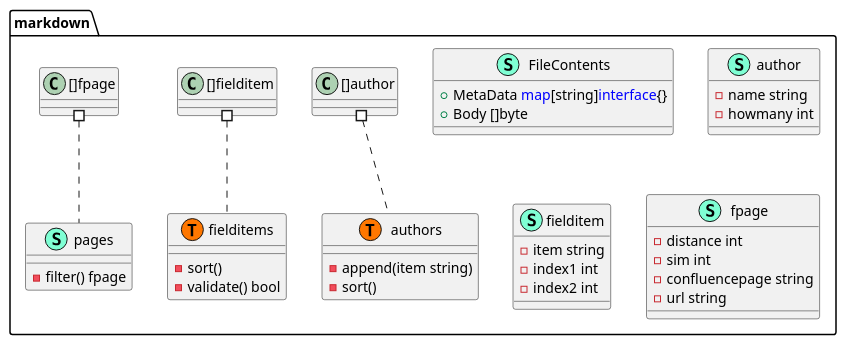
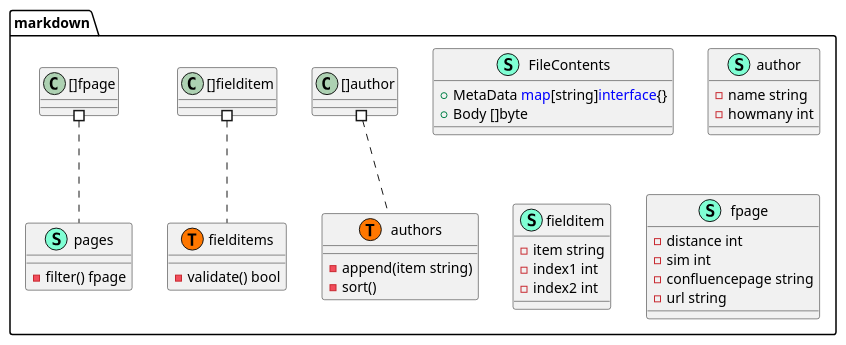
One commit to xiatechs/markdown-to-confluence changed the diagram in markdown/markdown-markdown-to-confluence-markdown-to-confluence-pumldiagram.puml. Above: the diagram before and after it, drawn with PlantUML. The commit also changed 1 other file, not shown here.

```diff
--- a/markdown/markdown-markdown-to-confluence-markdown-to-confluence-pumldiagram.puml
+++ b/markdown/markdown-markdown-to-confluence-markdown-to-confluence-pumldiagram.puml
@@ -1,52 +1,51 @@
 @startuml
 namespace markdown {
     class FileContents << (S,Aquamarine) >> {
         + MetaData <font color=blue>map</font>[string]<font color=blue>interface</font>{}
         + Body []byte
 
     }
     class author << (S,Aquamarine) >> {
         - name string
         - howmany int
 
     }
     class authors << (S,Aquamarine) >> {
         - append(item string) 
         - sort() 
 
     }
     class fielditem << (S,Aquamarine) >> {
         - item string
         - index1 int
         - index2 int
 
     }
     class fielditems << (S,Aquamarine) >> {
-        - sort() 
         - validate() bool
 
     }
     class fpage << (S,Aquamarine) >> {
         - distance int
         - sim int
         - confluencepage string
         - url string
 
     }
     class markdown.authors << (T, #FF7700) >>  {
     }
     class markdown.fielditems << (T, #FF7700) >>  {
     }
     class markdown.pages << (T, #FF7700) >>  {
     }
     class pages << (S,Aquamarine) >> {
         - filter() fpage
 
     }
 }
 
 
 "markdown.[]author" #.. "markdown.authors"
 "markdown.[]fielditem" #.. "markdown.fielditems"
 "markdown.[]fpage" #.. "markdown.pages"
 @enduml
```
